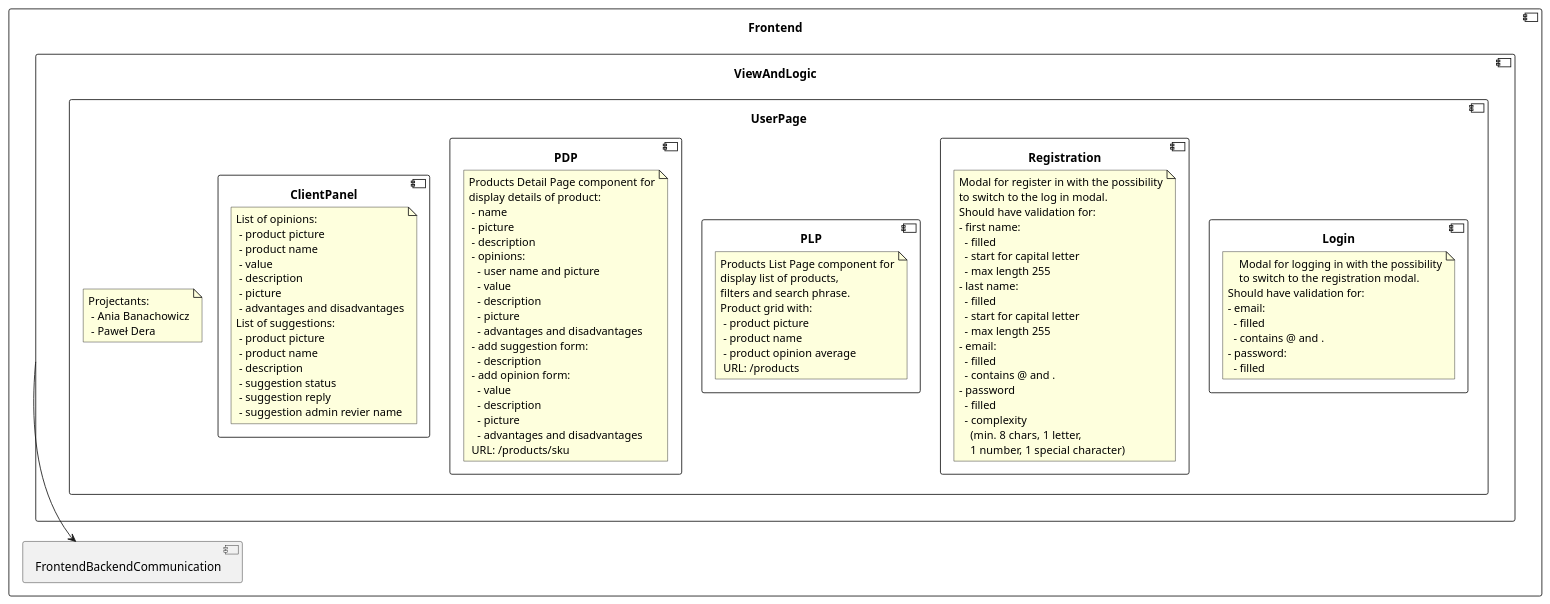
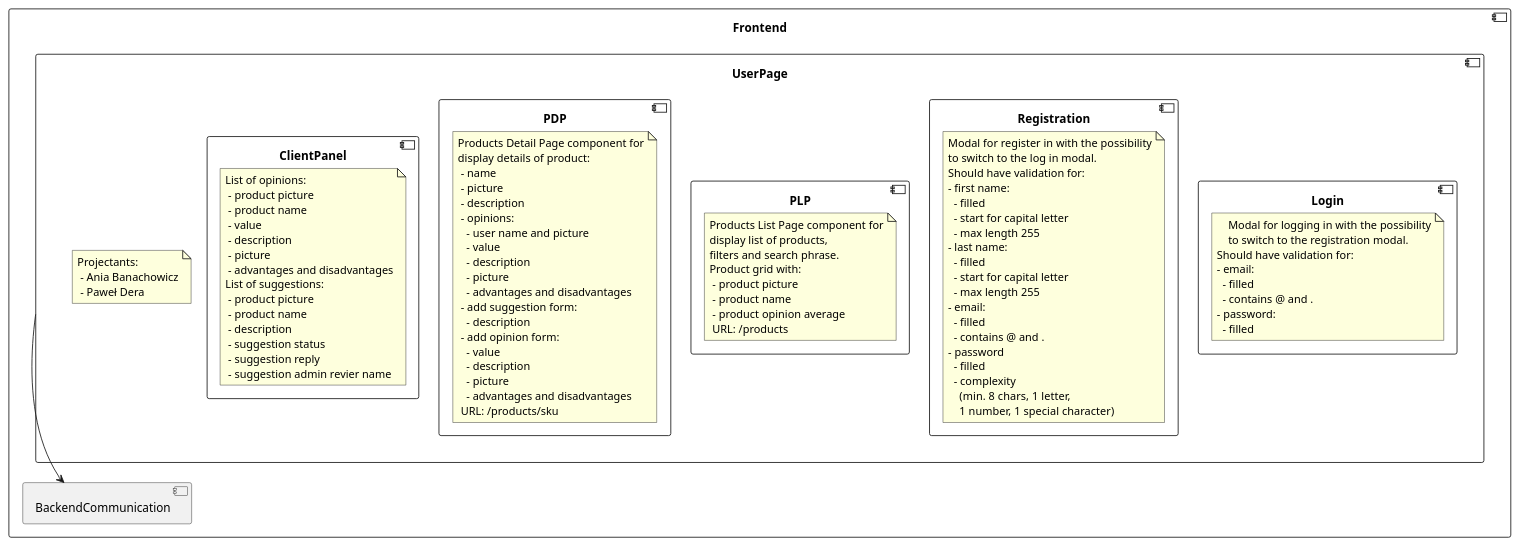
Before and after one commit to RadekBucki/OpinionCollectorArchitecture: the diagram in frontend/UserPage.md, drawn with PlantUML. The commit also changed 8 other files, not shown here.

````diff
--- a/frontend/UserPage.md
+++ b/frontend/UserPage.md
@@ -4,108 +4,106 @@
 @startuml
     
 component Frontend {
-    component ViewAndLogic {
-        component UserPage {
-            note as AuthorsUP
-                Projectants: 
-                 - Ania Banachowicz
-                 - Paweł Dera
+    component UserPage {
+        note as AuthorsUP
+            Projectants: 
+             - Ania Banachowicz
+             - Paweł Dera
+        endnote
+        component Login {
+            note as LoginDescription
+                Modal for logging in with the possibility
+                to switch to the registration modal.
+            Should have validation for:
+            - email:
+              - filled
+              - contains @ and .
+            - password:
+              - filled
             endnote
-            component Login {
-                note as LoginDescription
-                    Modal for logging in with the possibility
-                    to switch to the registration modal.
+        }
+        component Registration {
+            note as RegistrationDescription
+                Modal for register in with the possibility
+                to switch to the log in modal.
                 Should have validation for:
+                - first name:
+                  - filled
+                  - start for capital letter
+                  - max length 255
+                - last name:
+                  - filled
+                  - start for capital letter
+                  - max length 255
                 - email:
                   - filled
                   - contains @ and .
-                - password:
+                - password
                   - filled
-                endnote
-            }
-            component Registration {
-                note as RegistrationDescription
-                    Modal for register in with the possibility
-                    to switch to the log in modal.
-                    Should have validation for:
-                    - first name:
-                      - filled
-                      - start for capital letter
-                      - max length 255
-                    - last name:
-                      - filled
-                      - start for capital letter
-                      - max length 255
-                    - email:
-                      - filled
-                      - contains @ and .
-                    - password
-                      - filled
-                      - complexity
-                        (min. 8 chars, 1 letter, 
-                        1 number, 1 special character)
-                endnote
-            }
-            component PLP {
-                note as PlpDescription
-                    Products List Page component for
-                    display list of products,
-                    filters and search phrase.
-                    Product grid with:
-                     - product picture
-                     - product name
-                     - product opinion average 
-                     URL: /products
-                endnote
-            }
-            component PDP {
-                note as PdpDescription
-                    Products Detail Page component for
-                    display details of product:
-                     - name
-                     - picture
-                     - description
-                     - opinions:
-                       - user name and picture
-                       - value
-                       - description
-                       - picture
-                       - advantages and disadvantages
-                     - add suggestion form:
-                       - description
-                     - add opinion form:
-                       - value
-                       - description
-                       - picture
-                       - advantages and disadvantages
-                     URL: /products/sku
-                endnote
-            }
-            component ClientPanel {
-                note as ClientPanelDescription
-                    List of opinions:
-                     - product picture
-                     - product name
-                     - value
-                     - description
-                     - picture
-                     - advantages and disadvantages
-                    List of suggestions:
-                     - product picture
-                     - product name
-                     - description
-                     - suggestion status
-                     - suggestion reply
-                     - suggestion admin revier name
-                endnote
-            }
+                  - complexity
+                    (min. 8 chars, 1 letter, 
+                    1 number, 1 special character)
+            endnote
+        }
+        component PLP {
+            note as PlpDescription
+                Products List Page component for
+                display list of products,
+                filters and search phrase.
+                Product grid with:
+                 - product picture
+                 - product name
+                 - product opinion average 
+                 URL: /products
+            endnote
+        }
+        component PDP {
+            note as PdpDescription
+                Products Detail Page component for
+                display details of product:
+                 - name
+                 - picture
+                 - description
+                 - opinions:
+                   - user name and picture
+                   - value
+                   - description
+                   - picture
+                   - advantages and disadvantages
+                 - add suggestion form:
+                   - description
+                 - add opinion form:
+                   - value
+                   - description
+                   - picture
+                   - advantages and disadvantages
+                 URL: /products/sku
+            endnote
+        }
+        component ClientPanel {
+            note as ClientPanelDescription
+                List of opinions:
+                 - product picture
+                 - product name
+                 - value
+                 - description
+                 - picture
+                 - advantages and disadvantages
+                List of suggestions:
+                 - product picture
+                 - product name
+                 - description
+                 - suggestion status
+                 - suggestion reply
+                 - suggestion admin revier name
+            endnote
         }
     }
     
-    component FrontendBackendCommunication {
+    component BackendCommunication {
     }
 }
-ViewAndLogic --> FrontendBackendCommunication
+UserPage --> BackendCommunication
 
 @enduml 
 ```
````
